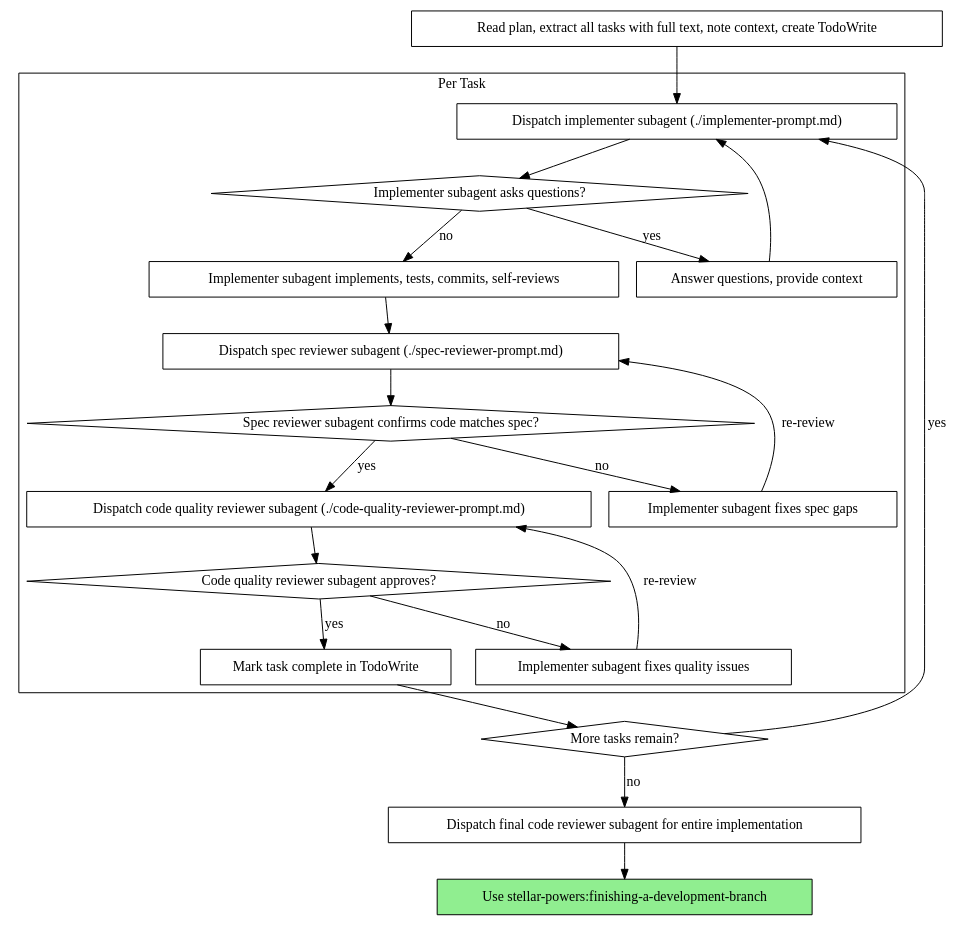
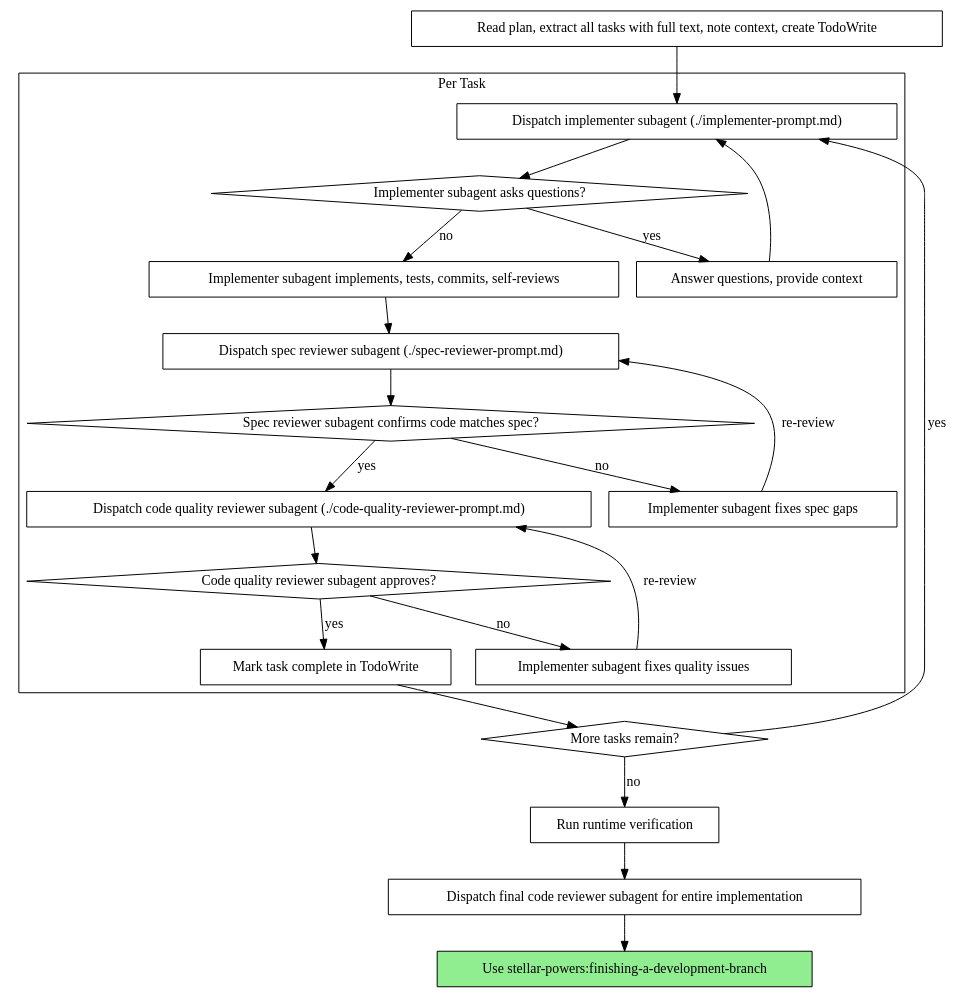
One commit to Interstellar-code/stellar-powers changed the second of 2 diagrams in skills/subagent-driven-development/SKILL.md. Above: the diagram before and after it, drawn with Graphviz. The commit also changed other lines of this file and 1 other file, not shown here.

First line of the commit message:
fix: SDD plan detail loss, runtime verification, and project gotchas

````diff
--- a/skills/subagent-driven-development/SKILL.md
+++ b/skills/subagent-driven-development/SKILL.md
@@ -102,44 +105,46 @@
 ```dot
 digraph process {
     rankdir=TB;
 
     subgraph cluster_per_task {
         label="Per Task";
         "Dispatch implementer subagent (./implementer-prompt.md)" [shape=box];
         "Implementer subagent asks questions?" [shape=diamond];
         "Answer questions, provide context" [shape=box];
         "Implementer subagent implements, tests, commits, self-reviews" [shape=box];
         "Dispatch spec reviewer subagent (./spec-reviewer-prompt.md)" [shape=box];
         "Spec reviewer subagent confirms code matches spec?" [shape=diamond];
         "Implementer subagent fixes spec gaps" [shape=box];
         "Dispatch code quality reviewer subagent (./code-quality-reviewer-prompt.md)" [shape=box];
         "Code quality reviewer subagent approves?" [shape=diamond];
         "Implementer subagent fixes quality issues" [shape=box];
         "Mark task complete in TodoWrite" [shape=box];
     }
 
     "Read plan, extract all tasks with full text, note context, create TodoWrite" [shape=box];
     "More tasks remain?" [shape=diamond];
     "Dispatch final code reviewer subagent for entire implementation" [shape=box];
     "Use stellar-powers:finishing-a-development-branch" [shape=box style=filled fillcolor=lightgreen];
 
     "Read plan, extract all tasks with full text, note context, create TodoWrite" -> "Dispatch implementer subagent (./implementer-prompt.md)";
     "Dispatch implementer subagent (./implementer-prompt.md)" -> "Implementer subagent asks questions?";
     "Implementer subagent asks questions?" -> "Answer questions, provide context" [label="yes"];
     "Answer questions, provide context" -> "Dispatch implementer subagent (./implementer-prompt.md)";
     "Implementer subagent asks questions?" -> "Implementer subagent implements, tests, commits, self-reviews" [label="no"];
     "Implementer subagent implements, tests, commits, self-reviews" -> "Dispatch spec reviewer subagent (./spec-reviewer-prompt.md)";
     "Dispatch spec reviewer subagent (./spec-reviewer-prompt.md)" -> "Spec reviewer subagent confirms code matches spec?";
     "Spec reviewer subagent confirms code matches spec?" -> "Implementer subagent fixes spec gaps" [label="no"];
     "Implementer subagent fixes spec gaps" -> "Dispatch spec reviewer subagent (./spec-reviewer-prompt.md)" [label="re-review"];
     "Spec reviewer subagent confirms code matches spec?" -> "Dispatch code quality reviewer subagent (./code-quality-reviewer-prompt.md)" [label="yes"];
     "Dispatch code quality reviewer subagent (./code-quality-reviewer-prompt.md)" -> "Code quality reviewer subagent approves?";
     "Code quality reviewer subagent approves?" -> "Implementer subagent fixes quality issues" [label="no"];
     "Implementer subagent fixes quality issues" -> "Dispatch code quality reviewer subagent (./code-quality-reviewer-prompt.md)" [label="re-review"];
     "Code quality reviewer subagent approves?" -> "Mark task complete in TodoWrite" [label="yes"];
     "Mark task complete in TodoWrite" -> "More tasks remain?";
     "More tasks remain?" -> "Dispatch implementer subagent (./implementer-prompt.md)" [label="yes"];
-    "More tasks remain?" -> "Dispatch final code reviewer subagent for entire implementation" [label="no"];
+    "More tasks remain?" -> "Run runtime verification" [label="no"];
+    "Run runtime verification" [shape=box];
+    "Run runtime verification" -> "Dispatch final code reviewer subagent for entire implementation";
     "Dispatch final code reviewer subagent for entire implementation" -> "Use stellar-powers:finishing-a-development-branch";
 }
 ```
````
